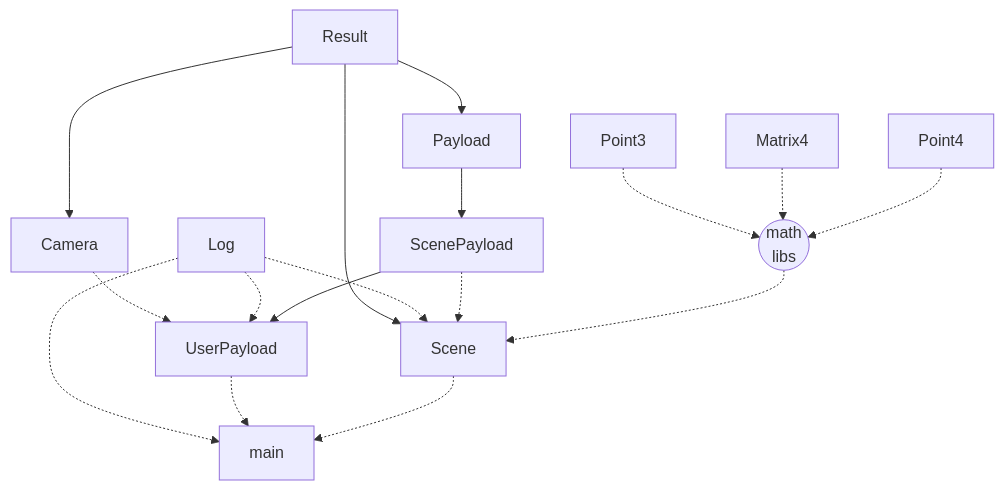
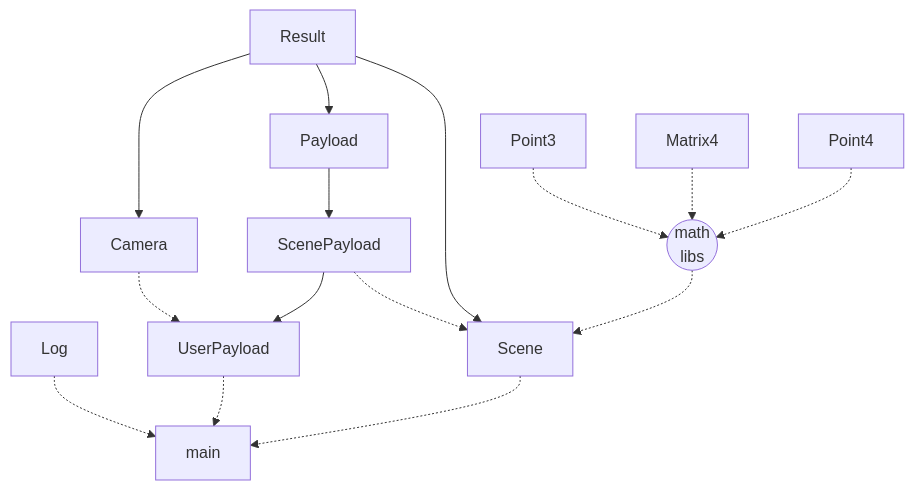
Before and after one commit to johnthesmith/shoggoth: the diagram in README.md, drawn with Mermaid. The commit also changed 6 other files, not shown here.

````diff
--- a/README.md
+++ b/README.md
@@ -26,34 +26,33 @@
 ```mermaid
 flowchart
 
 ScenePayload
+Camera
 Log
-Camera
 
 math((math<br>libs))
 
-Result --> Camera
-Result --> Scene
-Result --> Payload
 
 Payload --> ScenePayload
 Camera -.-> UserPayload
-Log -.-> UserPayload
 
-ScenePayload -->  UserPayload 
-Log -.-> Scene
+
+ScenePayload -->  UserPayload
 ScenePayload-.-> Scene
+
+Result --> Camera
+Result --> Payload
+Result --> Scene
+
 
 Log -.-> main
 
-
 UserPayload -.-> main
 Scene -.-> main
-
 
 Point3 -.-> math
 Matrix4 -.-> math
 Point4 -.-> math
 
 math -.-> Scene
 ```
````
